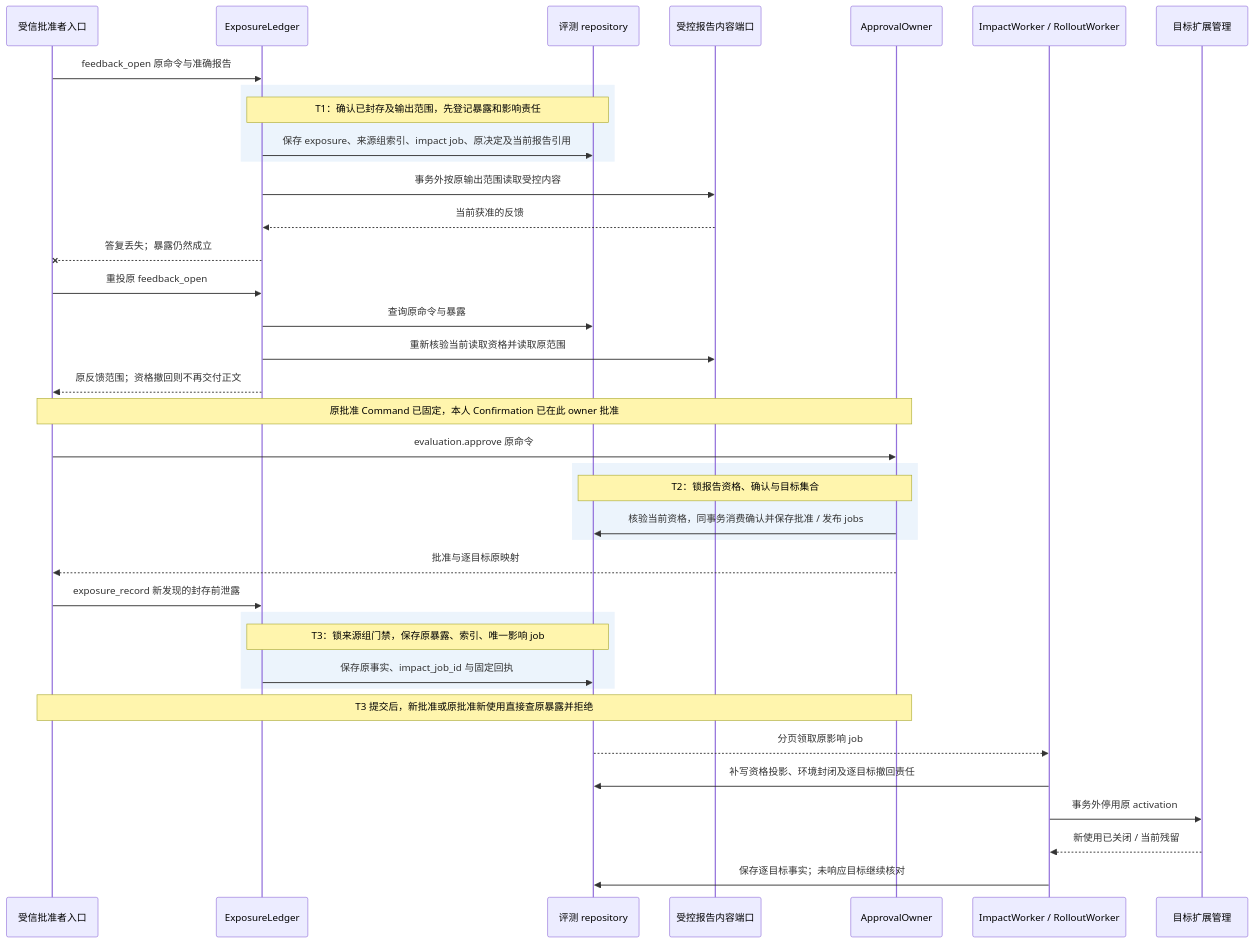
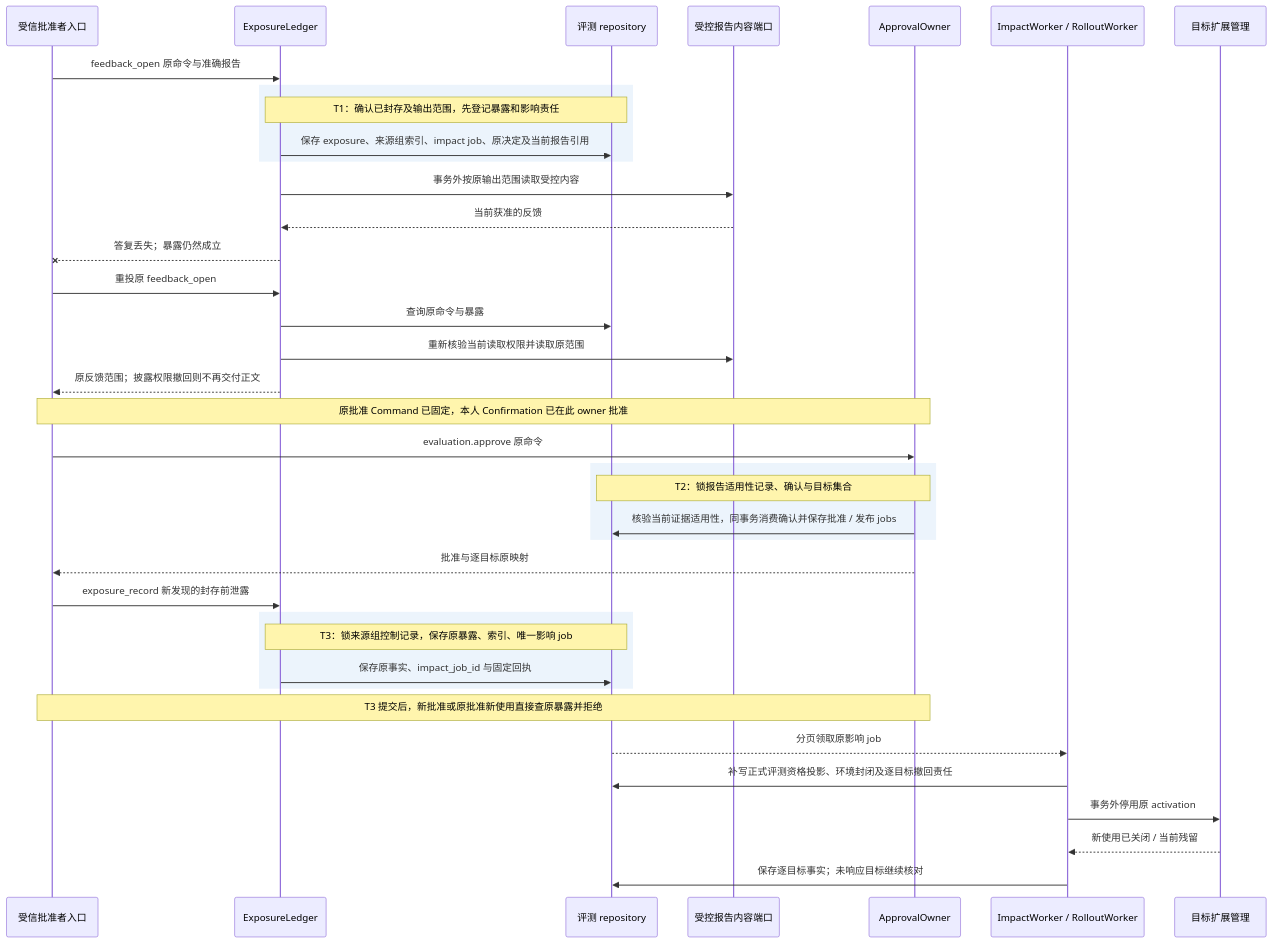
One commit to ruipengliu/lerna changed the third of 3 diagrams in docs/architecture/evaluation/implementation.md. Above: the diagram before and after it, drawn with Mermaid. The commit also changed other lines of this file and 205 other files, not shown here.

Commit message:
docs: unify architecture terminology

````diff
--- a/docs/architecture/evaluation/implementation.md
+++ b/docs/architecture/evaluation/implementation.md
@@ -310,40 +310,40 @@
 ```mermaid
 sequenceDiagram
     participant U as 受信批准者入口
     participant E as ExposureLedger
     participant S as 评测 repository
     participant C as 受控报告内容端口
     participant A as ApprovalOwner
     participant W as ImpactWorker / RolloutWorker
     participant H as 目标扩展管理
     U->>E: feedback_open 原命令与准确报告
     rect rgb(236, 244, 252)
       Note over E,S: T1：确认已封存及输出范围，先登记暴露和影响责任
       E->>S: 保存 exposure、来源组索引、impact job、原决定及当前报告引用
     end
     E->>C: 事务外按原输出范围读取受控内容
     C-->>E: 当前获准的反馈
     E--xU: 答复丢失；暴露仍然成立
     U->>E: 重投原 feedback_open
     E->>S: 查询原命令与暴露
-    E->>C: 重新核验当前读取资格并读取原范围
-    E-->>U: 原反馈范围；资格撤回则不再交付正文
+    E->>C: 重新核验当前读取权限并读取原范围
+    E-->>U: 原反馈范围；披露权限撤回则不再交付正文
     Note over U,A: 原批准 Command 已固定，本人 Confirmation 已在此 owner 批准
     U->>A: evaluation.approve 原命令
     rect rgb(236, 244, 252)
-      Note over A,S: T2：锁报告资格、确认与目标集合
-      A->>S: 核验当前资格，同事务消费确认并保存批准 / 发布 jobs
+      Note over A,S: T2：锁报告适用性记录、确认与目标集合
+      A->>S: 核验当前证据适用性，同事务消费确认并保存批准 / 发布 jobs
     end
     A-->>U: 批准与逐目标原映射
     U->>E: exposure_record 新发现的封存前泄露
     rect rgb(236, 244, 252)
-      Note over E,S: T3：锁来源组门禁，保存原暴露、索引、唯一影响 job
+      Note over E,S: T3：锁来源组控制记录，保存原暴露、索引、唯一影响 job
       E->>S: 保存原事实、impact_job_id 与固定回执
     end
     Note over U,A: T3 提交后，新批准或原批准新使用直接查原暴露并拒绝
     S-->>W: 分页领取原影响 job
-    W->>S: 补写资格投影、环境封闭及逐目标撤回责任
+    W->>S: 补写正式评测资格投影、环境封闭及逐目标撤回责任
     W->>H: 事务外停用原 activation
     H-->>W: 新使用已关闭 / 当前残留
     W->>S: 保存逐目标事实；未响应目标继续核对
 ```
````
